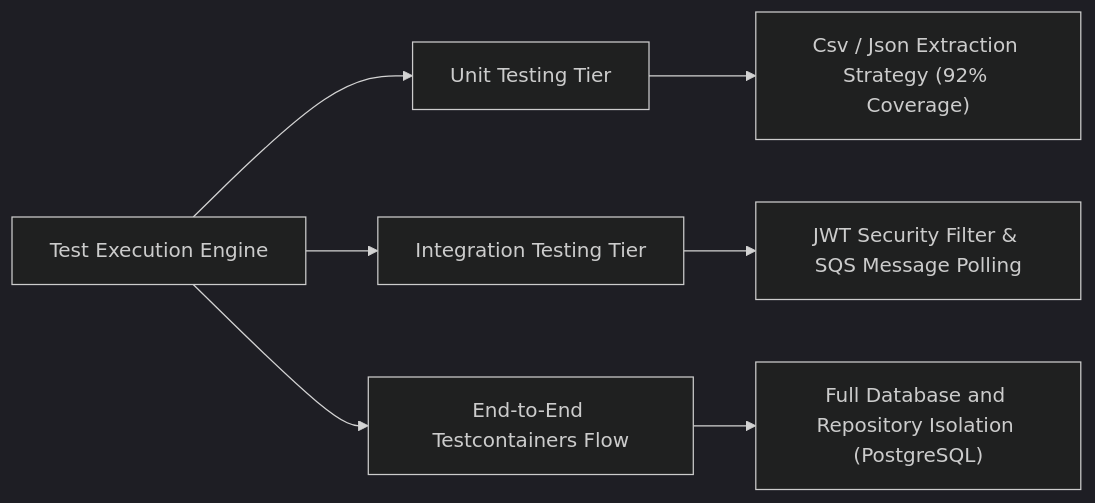
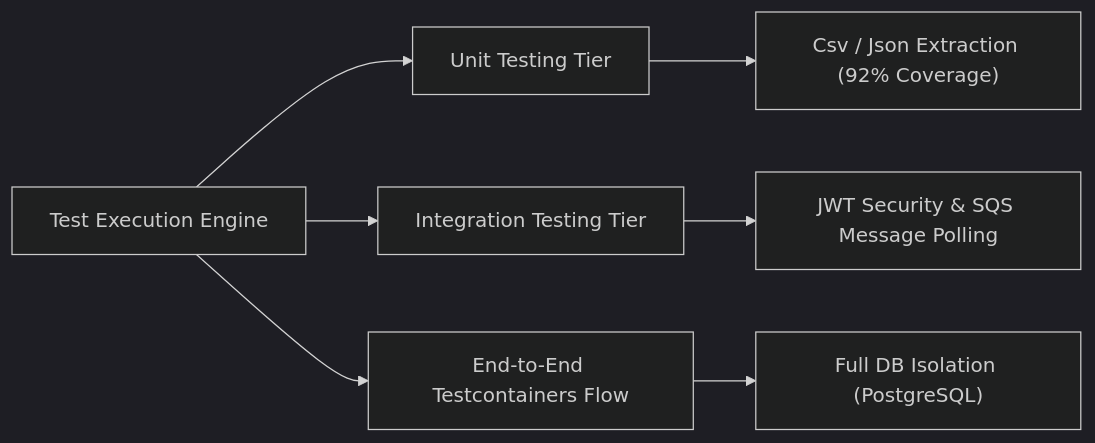
One commit to edovirgolim/payment-reprocessing-api-showcase changed the diagram in README.md. Above: the diagram before and after it, drawn with Mermaid (dark theme). The commit also changed other lines of this file and 1 other file, not shown here.

Commit message:
Updated README and ARCHITECTURE files

````diff
--- a/README.md
+++ b/README.md
@@ -115,10 +135,10 @@
 ```mermaid
 flowchart LR
     A["Test Execution Engine"] --> B["Unit Testing Tier"]
     A --> C["Integration Testing Tier"]
     A --> D["End-to-End Testcontainers Flow"]
     
-    B --> B1["Csv / Json Extraction Strategy (92% Coverage)"]
-    C --> C1["JWT Security Filter & SQS Message Polling"]
-    D --> D1["Full Database and Repository Isolation (PostgreSQL)"]
+    B --> B1["Csv / Json Extraction (92% Coverage)"]
+    C --> C1["JWT Security & SQS Message Polling"]
+    D --> D1["Full DB Isolation (PostgreSQL)"]
 ```
````
